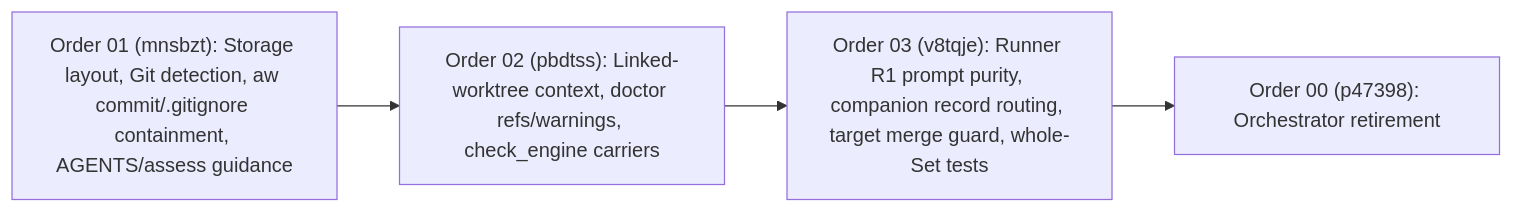
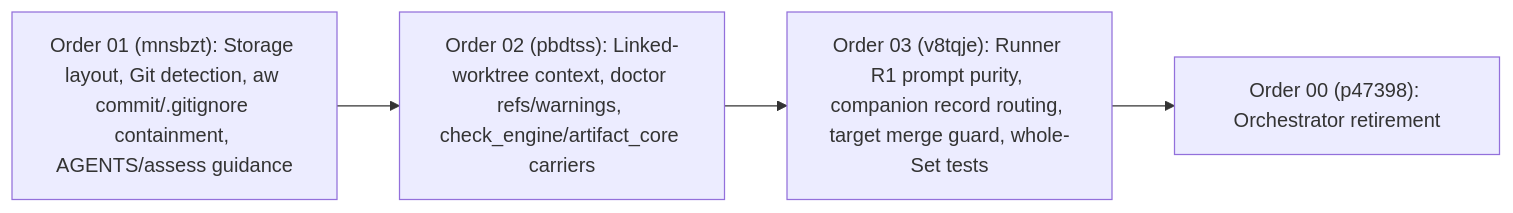
One commit to fariello/agent-workflows changed the diagram in .aw/records/plans/pending/20261121-companion-bugs-00-p47398-fix-public-target-private-companion-records-split-brain-cont.ipd.md. Above: the diagram before and after it, drawn with Mermaid. The commit also changed other lines of this file and 1 other file, not shown here.

````diff
--- a/.aw/records/plans/pending/20261121-companion-bugs-00-p47398-fix-public-target-private-companion-records-split-brain-cont.ipd.md
+++ b/.aw/records/plans/pending/20261121-companion-bugs-00-p47398-fix-public-target-private-companion-records-split-brain-cont.ipd.md
@@ -36,6 +41,6 @@
 ```mermaid
 flowchart LR
-    O1["Order 01 (mnsbzt): Storage layout, Git detection, aw commit/.gitignore containment, AGENTS/assess guidance"] --> O2["Order 02 (pbdtss): Linked-worktree context, doctor refs/warnings, check_engine carriers"]
+    O1["Order 01 (mnsbzt): Storage layout, Git detection, aw commit/.gitignore containment, AGENTS/assess guidance"] --> O2["Order 02 (pbdtss): Linked-worktree context, doctor refs/warnings, check_engine/artifact_core carriers"]
     O2 --> O3["Order 03 (v8tqje): Runner R1 prompt purity, companion record routing, target merge guard, whole-Set tests"]
     O3 --> O0["Order 00 (p47398): Orchestrator retirement"]
 ```
````
